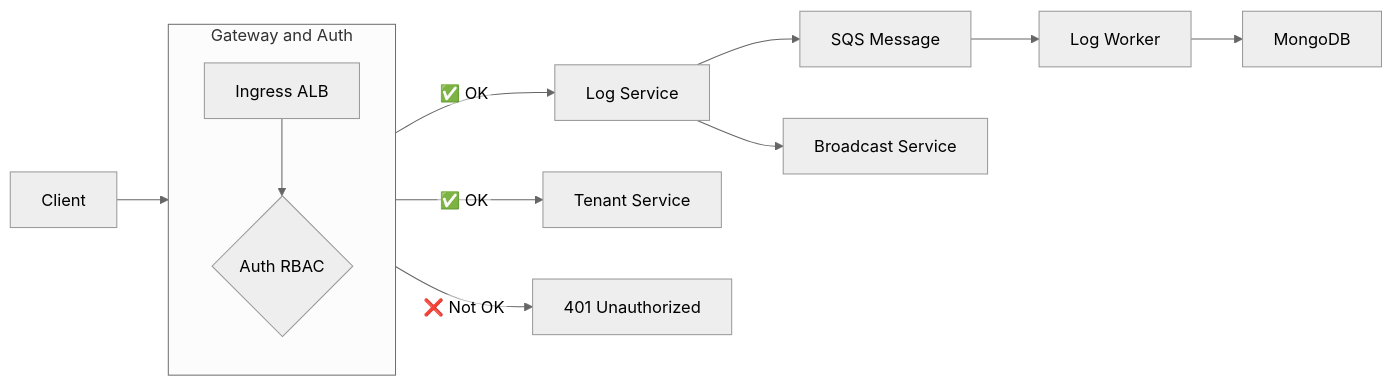
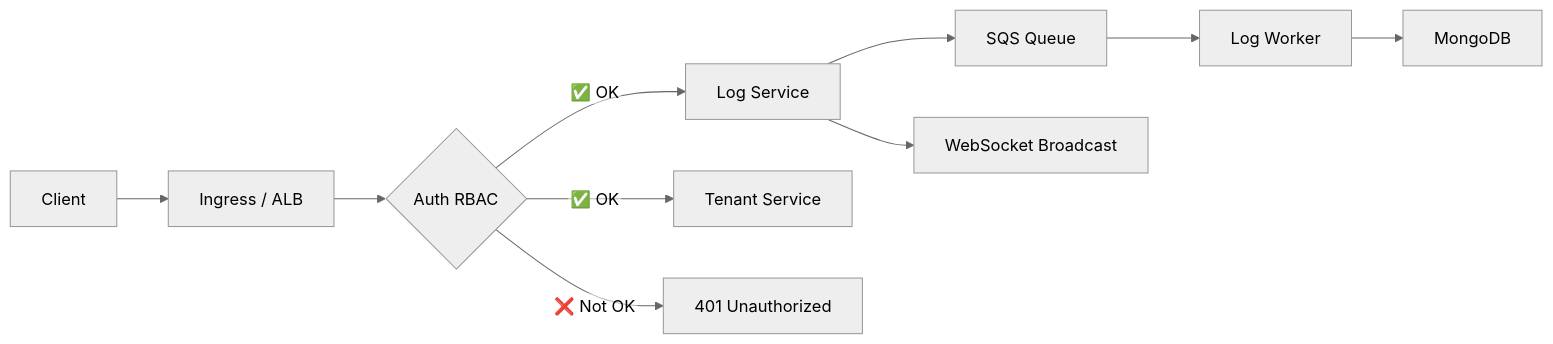
Before and after one commit to rxzcode/logserver: the diagram in README.md, drawn with Mermaid (neutral theme). The commit also changed other lines of this file and 2 other files, not shown here.

````diff
--- a/README.md
+++ b/README.md
@@ -95,20 +107,16 @@
 ```mermaid
 ---
 config:
   flowchart:
     htmlLabels: false
   layout: dagre
 ---
 flowchart LR
- subgraph s1["Gateway and Auth"]
-        C{"Auth RBAC"}
-        B["Ingress ALB"]
-  end
-    B --> C
-    A["Client"] --> s1
-    s1 -- ✅ OK --> D["Log Service"] & E["Tenant Service"]
-    D --> SQS["SQS Message"] & WS["Broadcast Service"]
-    SQS --> LW["Log Worker"]
-    LW --> DB["MongoDB"]
-    s1 -- ❌ Not OK --> F["401 Unauthorized"]
+  A["Client"] --> B["Ingress / ALB"]
+  B --> C{"Auth RBAC"}
+  C -- ✅ OK --> D["Log Service"] & E["Tenant Service"]
+  D --> SQS["SQS Queue"] & WS["WebSocket Broadcast"]
+  SQS --> LW["Log Worker"]
+  LW --> DB["MongoDB"]
+  C -- ❌ Not OK --> F["401 Unauthorized"]
 ```
````
